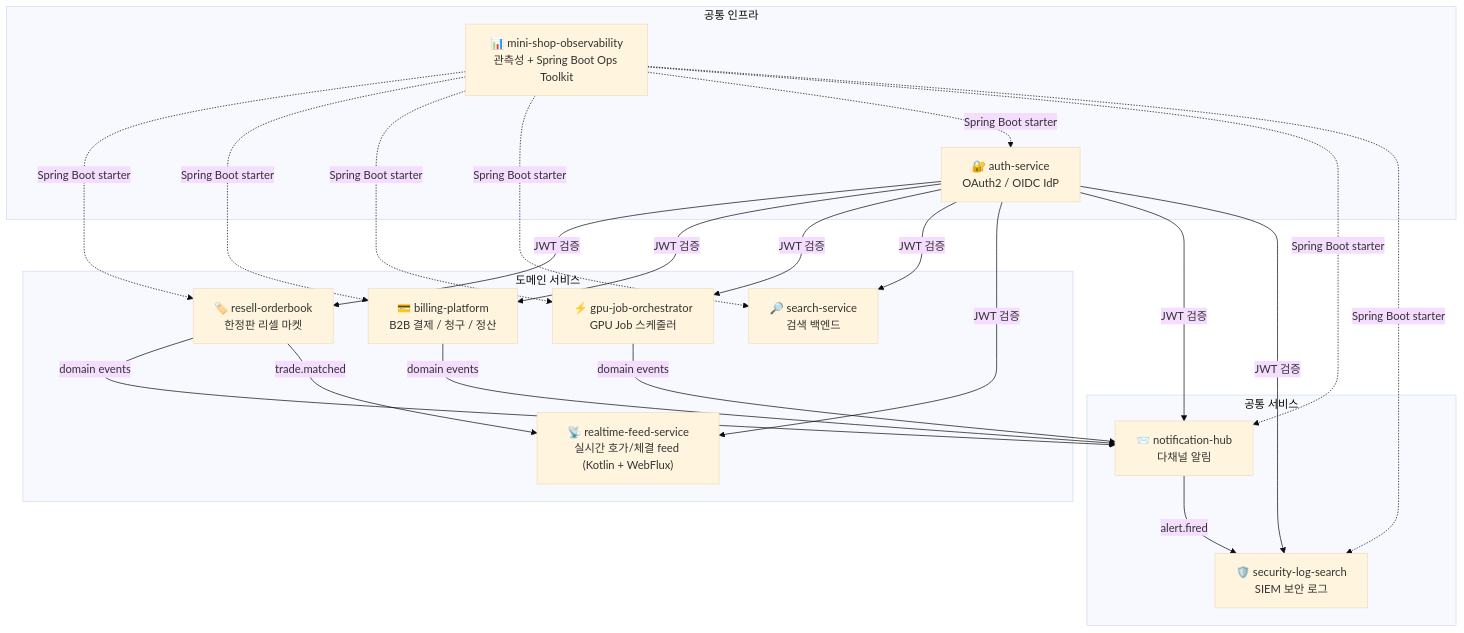
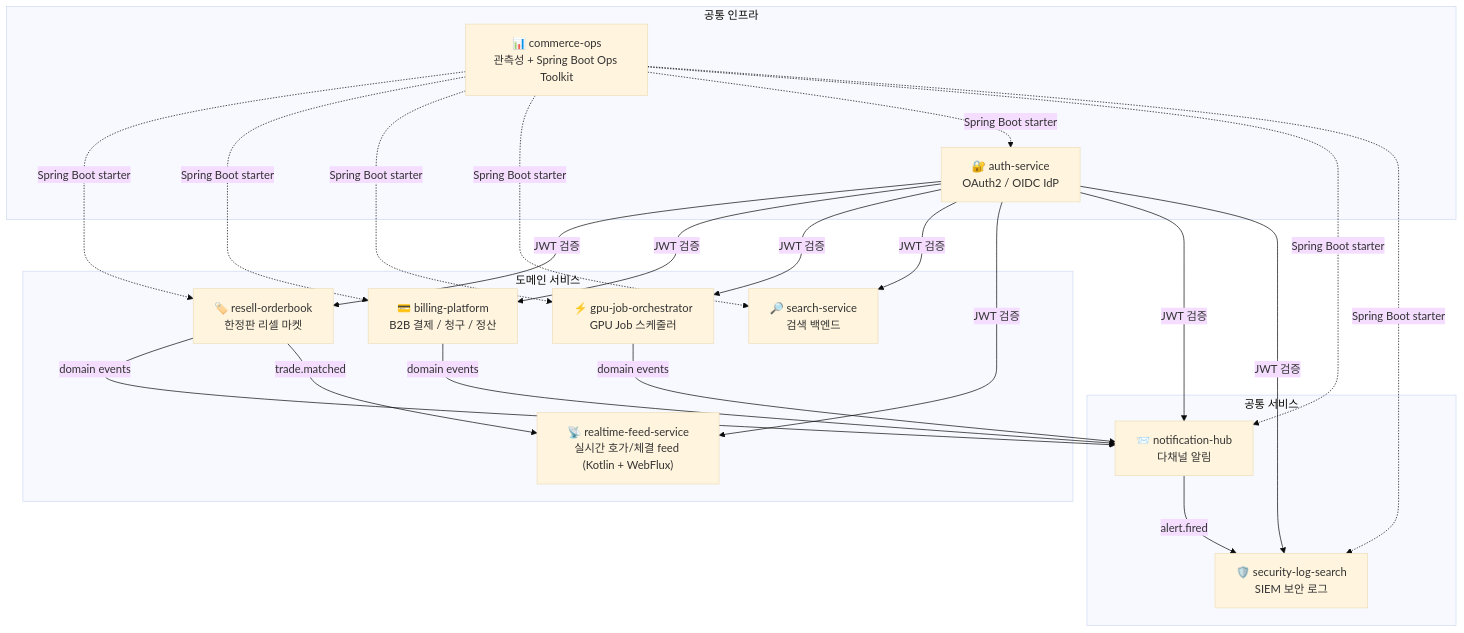
One commit to ssa1004/ssa1004 changed the diagram in README.md. Above: the diagram before and after it, drawn with Mermaid (base theme). The commit also changed other lines of this file and 6 other files, not shown here.

First line of the commit message:
docs: portfolio cross-reference mini-shop-observability → commerce-ops

````diff
--- a/README.md
+++ b/README.md
@@ -5,44 +5,44 @@
 ```mermaid
 graph TB
     subgraph Infra["공통 인프라"]
         AUTH["🔐 auth-service<br/>OAuth2 / OIDC IdP"]
-        OBS["📊 mini-shop-observability<br/>관측성 + Spring Boot Ops Toolkit"]
+        OBS["📊 commerce-ops<br/>관측성 + Spring Boot Ops Toolkit"]
     end
 
     subgraph Domain["도메인 서비스"]
         ORDER["🏷️ resell-orderbook<br/>한정판 리셀 마켓"]
         BILL["💳 billing-platform<br/>B2B 결제 / 청구 / 정산"]
         GPU["⚡ gpu-job-orchestrator<br/>GPU Job 스케줄러"]
         SEARCH["🔎 search-service<br/>검색 백엔드"]
         FEED["📡 realtime-feed-service<br/>실시간 호가/체결 feed (Kotlin + WebFlux)"]
     end
 
     subgraph Common["공통 서비스"]
         NOTIF["📨 notification-hub<br/>다채널 알림"]
         SIEM["🛡️ security-log-search<br/>SIEM 보안 로그"]
     end
 
     AUTH -->|JWT 검증| ORDER
     AUTH -->|JWT 검증| BILL
     AUTH -->|JWT 검증| GPU
     AUTH -->|JWT 검증| SEARCH
     AUTH -->|JWT 검증| FEED
     AUTH -->|JWT 검증| NOTIF
     AUTH -->|JWT 검증| SIEM
 
     ORDER -->|domain events| NOTIF
     BILL -->|domain events| NOTIF
     GPU -->|domain events| NOTIF
 
     ORDER -->|trade.matched| FEED
 
     NOTIF -->|alert.fired| SIEM
 
     OBS -.->|Spring Boot starter| ORDER
     OBS -.->|Spring Boot starter| BILL
     OBS -.->|Spring Boot starter| GPU
     OBS -.->|Spring Boot starter| SEARCH
     OBS -.->|Spring Boot starter| AUTH
     OBS -.->|Spring Boot starter| NOTIF
     OBS -.->|Spring Boot starter| SIEM
 ```
````
